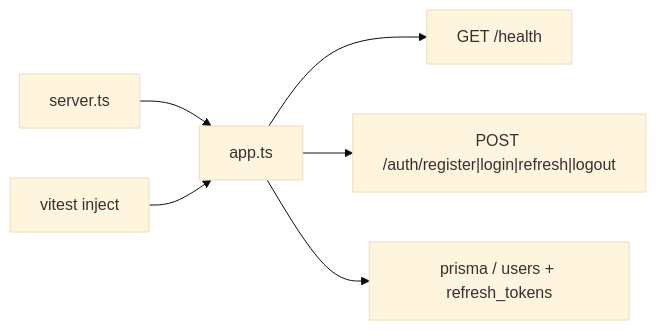
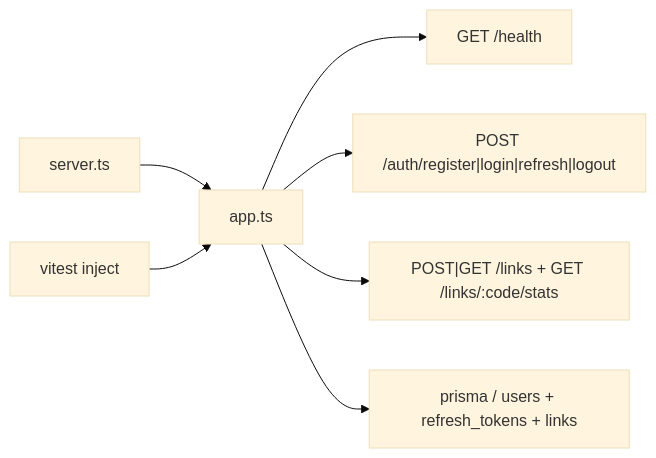
The diagram in docs/ROADMAP.md (gabriellopessdev/linky), drawn with Mermaid (base theme) before and after one commit. The commit also changed other lines of this file and 2 other files, not shown here.

First line of the commit message:
docs: mark links create/list/stats done on the roadmap

````diff
--- a/docs/ROADMAP.md
+++ b/docs/ROADMAP.md
@@ -32,8 +32,9 @@
 ```mermaid
 flowchart LR
   S[server.ts] --> A[app.ts]
   A --> H["GET /health"]
   A --> Auth["POST /auth/register|login|refresh|logout"]
-  A --> DB[prisma / users + refresh_tokens]
+  A --> Links["POST|GET /links + GET /links/:code/stats"]
+  A --> DB[prisma / users + refresh_tokens + links]
   T[vitest inject] --> A
 ```
````
